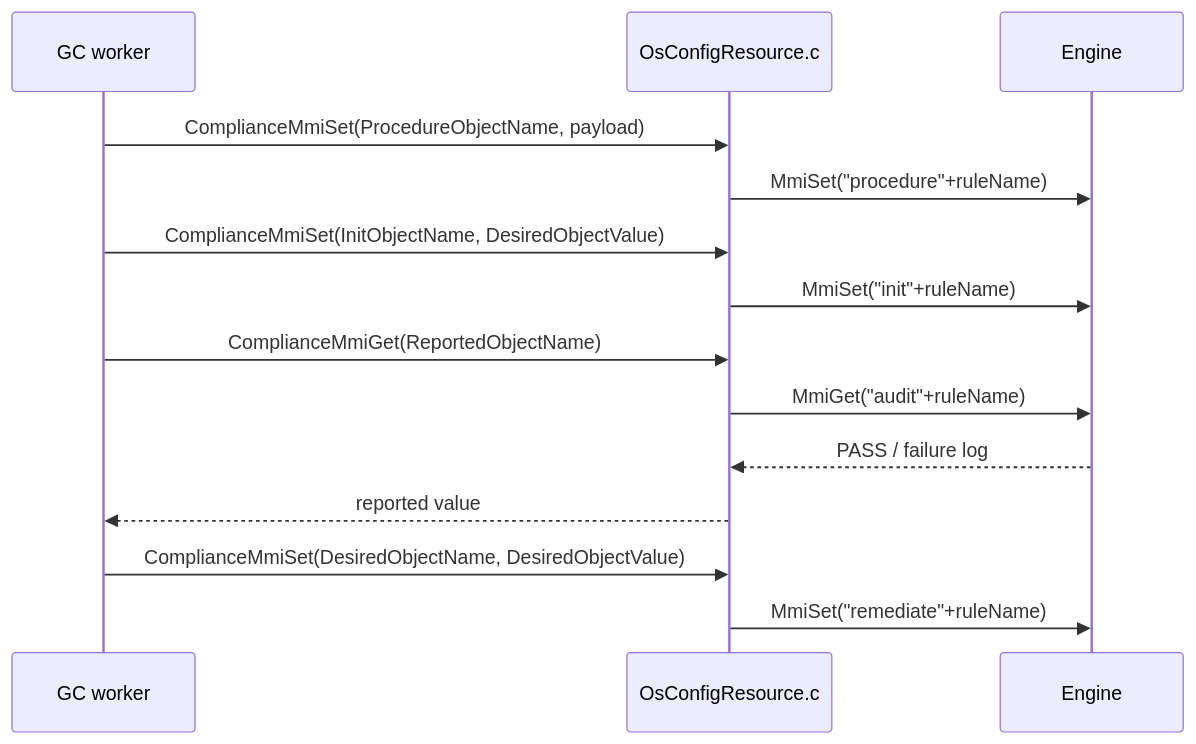
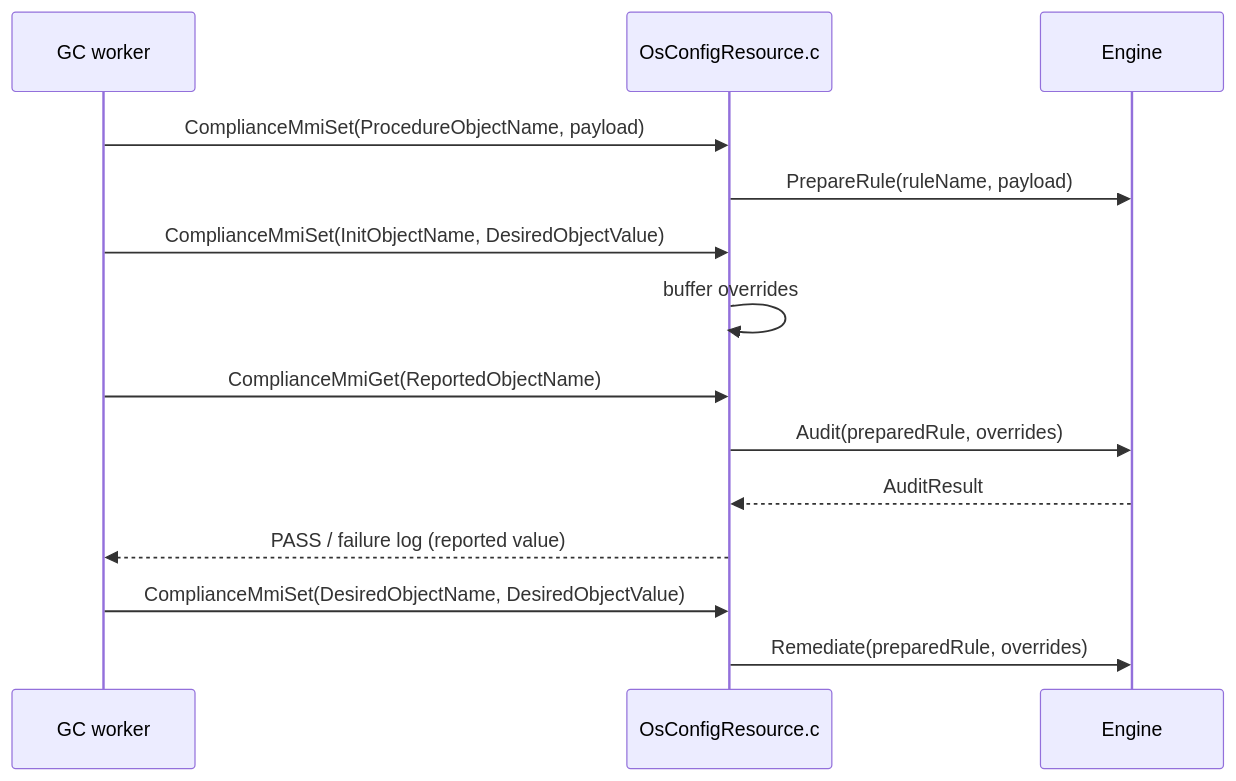
Before and after one commit to microsoft/kompli: the fifth of 5 diagrams in docs/architecture.md, drawn with Mermaid. The commit also changed other lines of this file, not shown here.

Commit message:
docs: rewrite architecture.md's MMI sections around ADR-0007's typed Engine API

````diff
--- a/docs/architecture.md
+++ b/docs/architecture.md
@@ -447,16 +352,16 @@
 ```mermaid
 sequenceDiagram
     participant GC as GC worker
     participant Adapter as OsConfigResource.c
     participant Engine
     GC->>Adapter: ComplianceMmiSet(ProcedureObjectName, payload)
-    Adapter->>Engine: MmiSet("procedure"+ruleName)
+    Adapter->>Engine: PrepareRule(ruleName, payload)
     GC->>Adapter: ComplianceMmiSet(InitObjectName, DesiredObjectValue)
-    Adapter->>Engine: MmiSet("init"+ruleName)
+    Adapter->>Adapter: buffer overrides
     GC->>Adapter: ComplianceMmiGet(ReportedObjectName)
-    Adapter->>Engine: MmiGet("audit"+ruleName)
-    Engine-->>Adapter: PASS / failure log
-    Adapter-->>GC: reported value
+    Adapter->>Engine: Audit(preparedRule, overrides)
+    Engine-->>Adapter: AuditResult
+    Adapter-->>GC: PASS / failure log (reported value)
     GC->>Adapter: ComplianceMmiSet(DesiredObjectName, DesiredObjectValue)
-    Adapter->>Engine: MmiSet("remediate"+ruleName)
+    Adapter->>Engine: Remediate(preparedRule, overrides)
 ```
````
